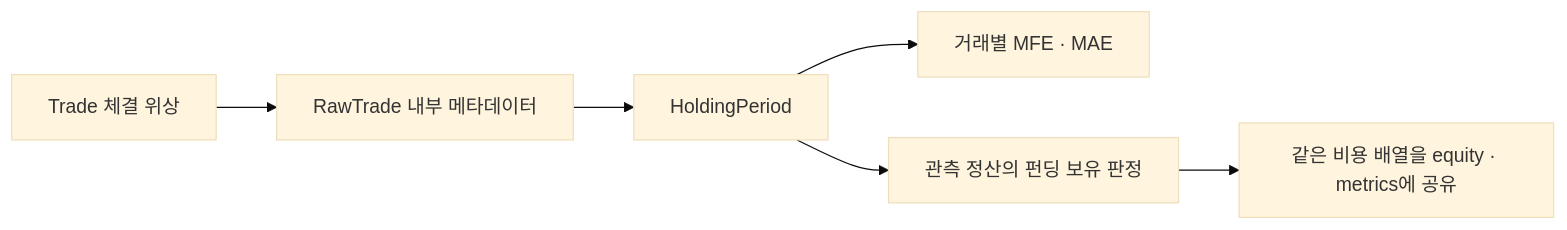
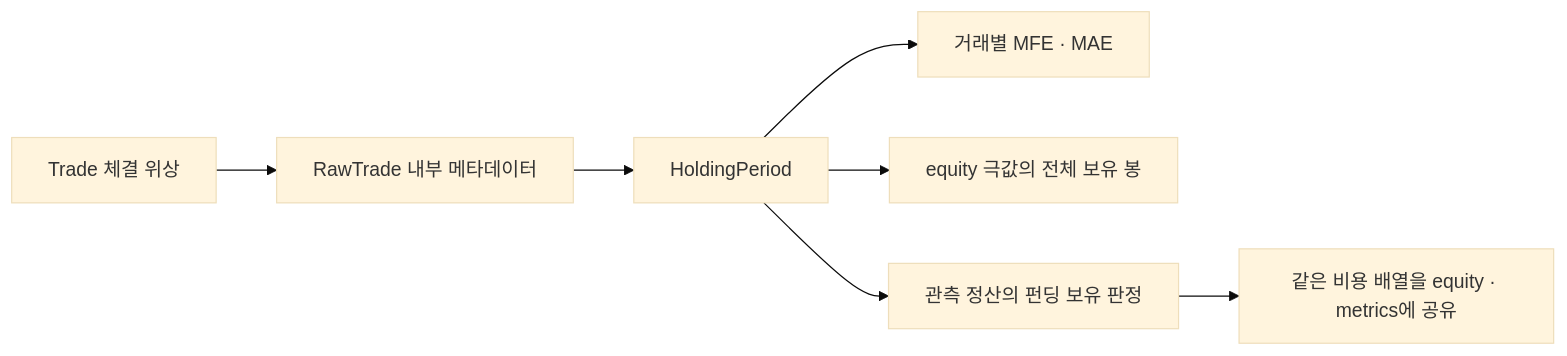
The second of 2 diagrams in docs/architecture/pine-execution-architecture.md (woosung-dev/quantbridge), drawn with Mermaid (base theme) before and after one commit. The commit also changed other lines of this file and 6 other files, not shown here.

````diff
--- a/docs/architecture/pine-execution-architecture.md
+++ b/docs/architecture/pine-execution-architecture.md
@@ -62,8 +68,9 @@
 ```mermaid
 flowchart LR
     T[Trade 체결 위상] --> R[RawTrade 내부 메타데이터]
     R --> H[HoldingPeriod]
     H --> E[거래별 MFE · MAE]
+    H --> I[equity 극값의 전체 보유 봉]
     H --> F[관측 정산의 펀딩 보유 판정]
     F --> C[같은 비용 배열을 equity · metrics에 공유]
 ```
````
